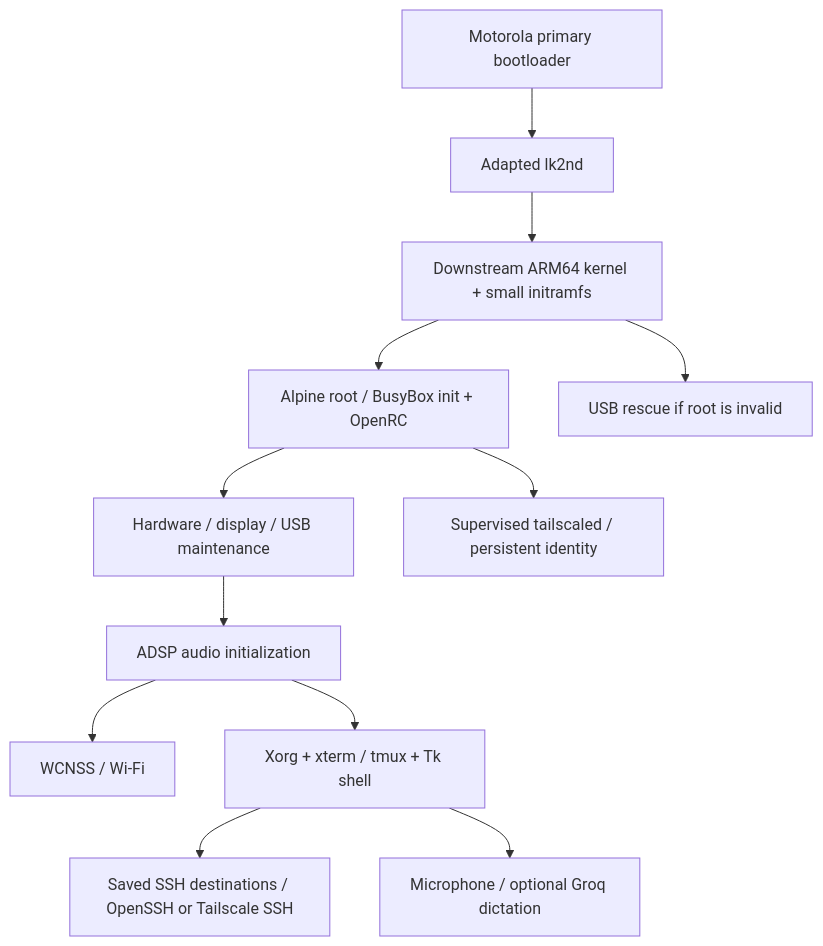
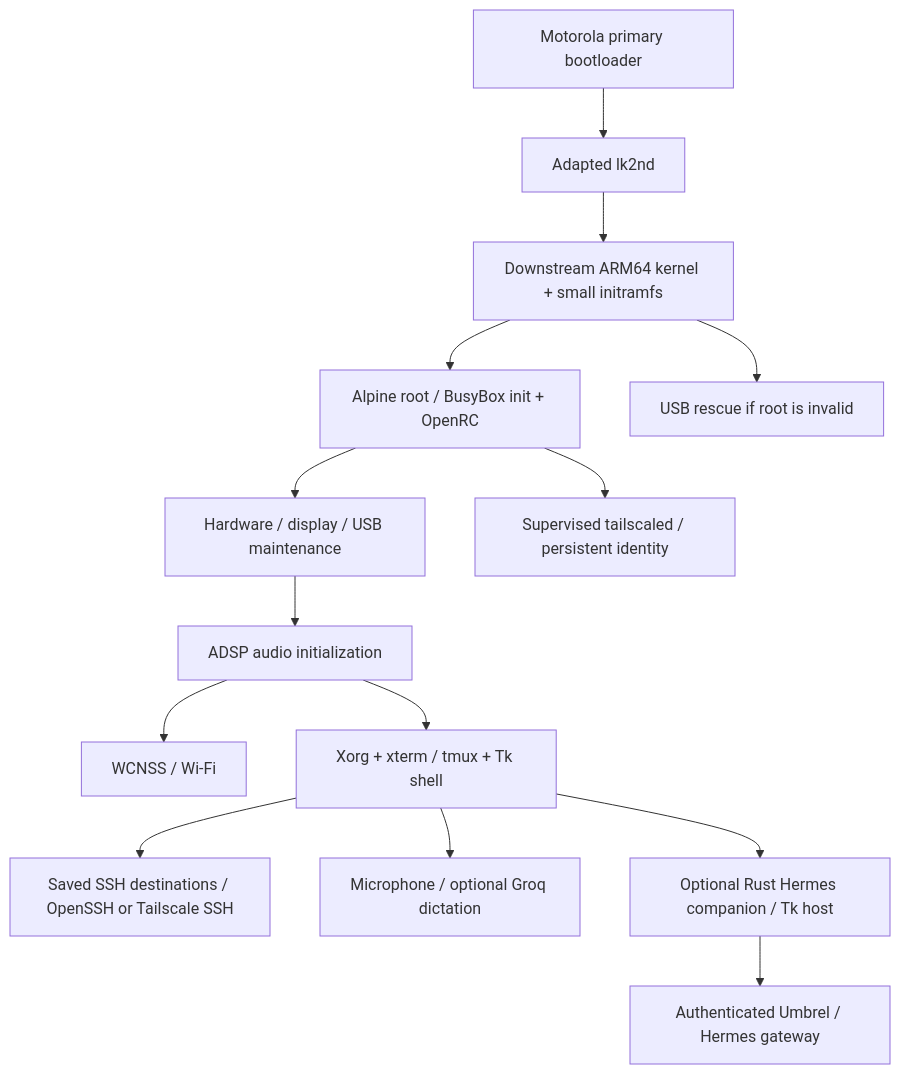
One commit to holiveiraa/moto-g4-linux changed the diagram in docs/architecture.md. Above: the diagram before and after it, drawn with Mermaid. The commit also changed other lines of this file and 60 other files, not shown here.

First line of the commit message:
Add fullscreen Hermes voice companion with local wake activation

````diff
--- a/docs/architecture.md
+++ b/docs/architecture.md
@@ -3,14 +3,16 @@
 ```mermaid
 flowchart TD
     A[Motorola primary bootloader] --> B[Adapted lk2nd]
     B --> C[Downstream ARM64 kernel + small initramfs]
     C --> D[Alpine root / BusyBox init + OpenRC]
     C --> R[USB rescue if root is invalid]
     D --> H[Hardware / display / USB maintenance]
     H --> AU[ADSP audio initialization]
     AU --> W[WCNSS / Wi-Fi]
     AU --> X[Xorg + xterm / tmux + Tk shell]
     D --> V[Supervised tailscaled / persistent identity]
     X --> S[Saved SSH destinations / OpenSSH or Tailscale SSH]
     X --> Q[Microphone / optional Groq dictation]
+    X --> HC[Optional Rust Hermes companion / Tk host]
+    HC --> HG[Authenticated Umbrel / Hermes gateway]
 ```
````
